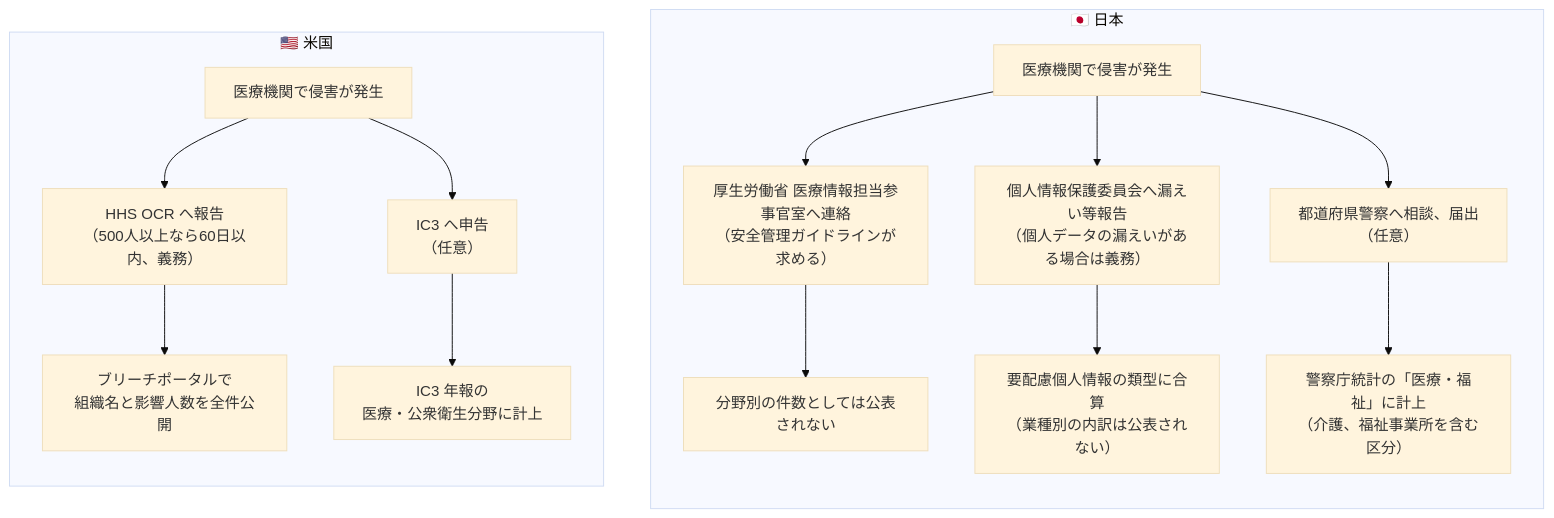
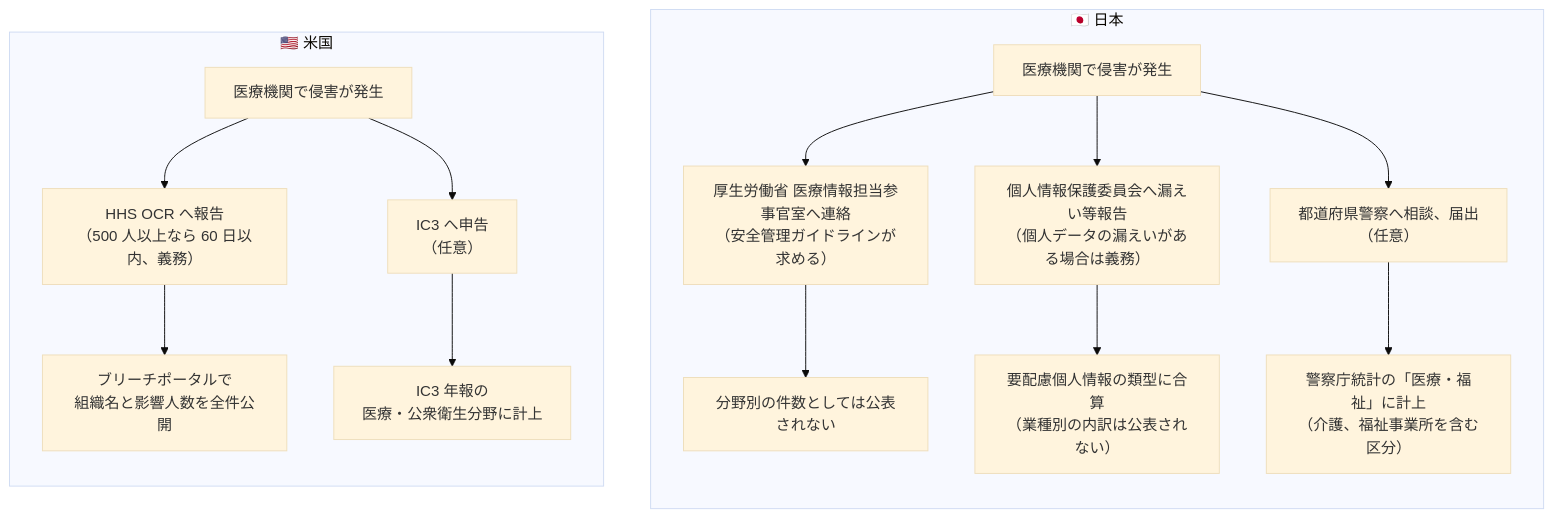
The diagram in docs/threats/statistics/README.md (scgajge12/awesome-healthcare-security), drawn with Mermaid (base theme) before and after one commit. The commit also changed other lines of this file and 40 other files, not shown here.

````diff
--- a/docs/threats/statistics/README.md
+++ b/docs/threats/statistics/README.md
@@ -34,26 +35,26 @@
 ```mermaid
 flowchart TB
   subgraph JP["🇯🇵 日本"]
     direction TB
     J0["医療機関で侵害が発生"]
     J1["厚生労働省 医療情報担当参事官室へ連絡<br/>（安全管理ガイドラインが求める）"]
     J2["個人情報保護委員会へ漏えい等報告<br/>（個人データの漏えいがある場合は義務）"]
     J3["都道府県警察へ相談、届出<br/>（任意）"]
     J4["分野別の件数としては公表されない"]
     J5["要配慮個人情報の類型に合算<br/>（業種別の内訳は公表されない）"]
     J6["警察庁統計の「医療・福祉」に計上<br/>（介護、福祉事業所を含む区分）"]
     J0 --> J1 --> J4
     J0 --> J2 --> J5
     J0 --> J3 --> J6
   end
   subgraph US["🇺🇸 米国"]
     direction TB
     U0["医療機関で侵害が発生"]
-    U1["HHS OCR へ報告<br/>（500人以上なら60日以内、義務）"]
+    U1["HHS OCR へ報告<br/>（500 人以上なら 60 日以内、義務）"]
     U2["IC3 へ申告<br/>（任意）"]
     U3["ブリーチポータルで<br/>組織名と影響人数を全件公開"]
     U4["IC3 年報の<br/>医療・公衆衛生分野に計上"]
     U0 --> U1 --> U3
     U0 --> U2 --> U4
   end
 ```
````
